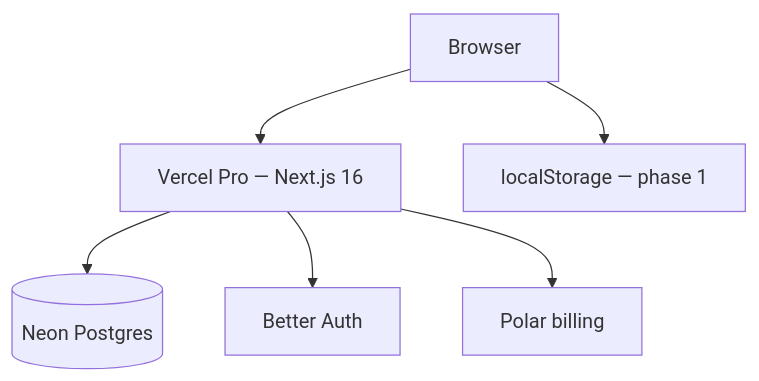
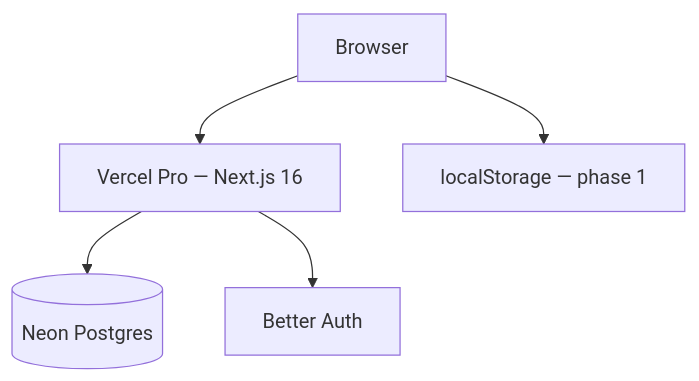
Before and after one commit to percdotdev/bindr: the third of 5 diagrams in .docs/SPEC.md, drawn with Mermaid. The commit also changed other lines of this file and 18 other files, not shown here.

````diff
--- a/.docs/SPEC.md
+++ b/.docs/SPEC.md
@@ -350,8 +348,7 @@
 ```mermaid
 flowchart TB
   User[Browser] --> Vercel[Vercel Pro — Next.js 16]
   Vercel --> Neon[(Neon Postgres)]
   Vercel --> BA[Better Auth]
-  Vercel --> Polar[Polar billing]
   User --> LS[localStorage — phase 1]
 ```
````
